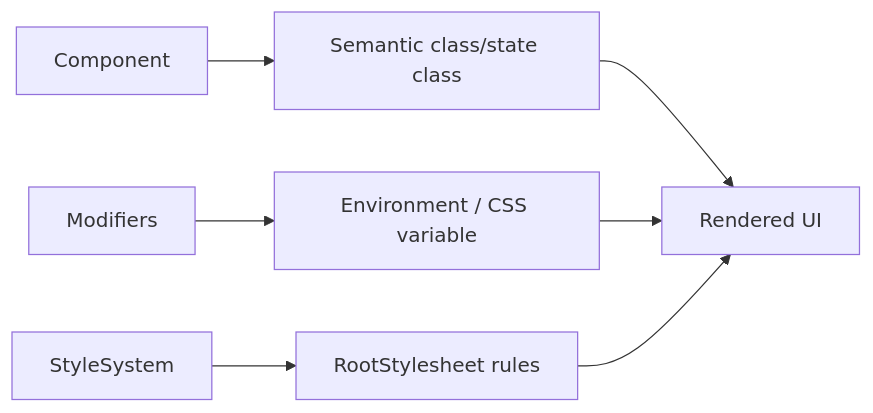
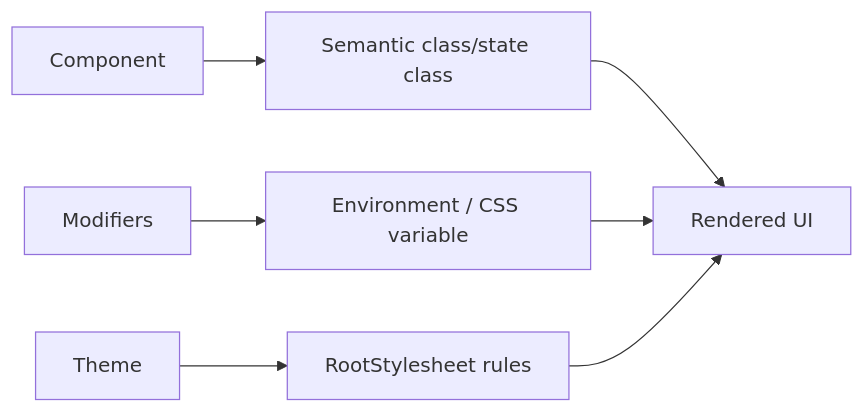
One commit to 1amageek/swift-web changed the fourth of 4 diagrams in docs/SwiftWebUIStyleDesign.md. Above: the diagram before and after it, drawn with Mermaid. The commit also changed other lines of this file and 43 other files, not shown here.

First line of the commit message:
Rename StyleSystem to Theme

````diff
--- a/docs/SwiftWebUIStyleDesign.md
+++ b/docs/SwiftWebUIStyleDesign.md
@@ -172,9 +172,9 @@
 ```mermaid
 flowchart LR
     A["Component"] --> B["Semantic class/state class"]
     C["Modifiers"] --> D["Environment / CSS variable"]
-    E["StyleSystem"] --> F["RootStylesheet rules"]
+    E["Theme"] --> F["RootStylesheet rules"]
     B --> G["Rendered UI"]
     D --> G
     F --> G
 ```
````
